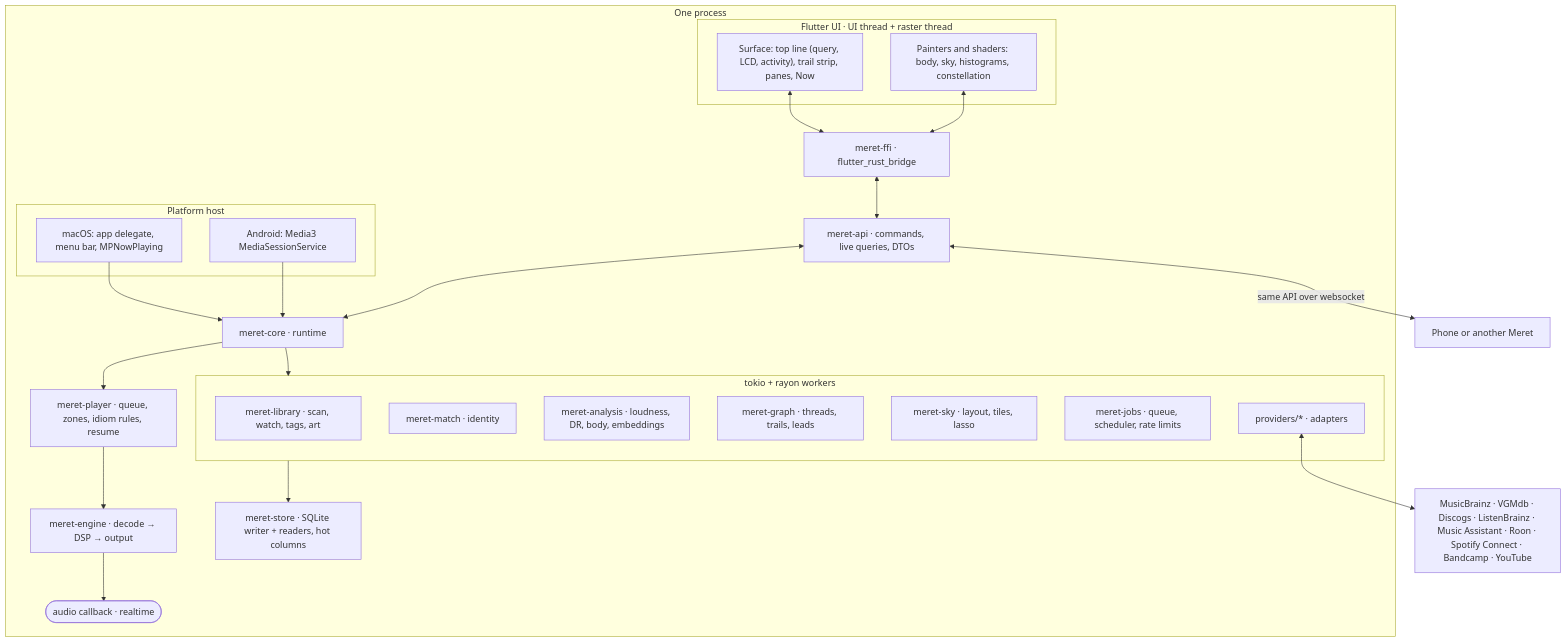
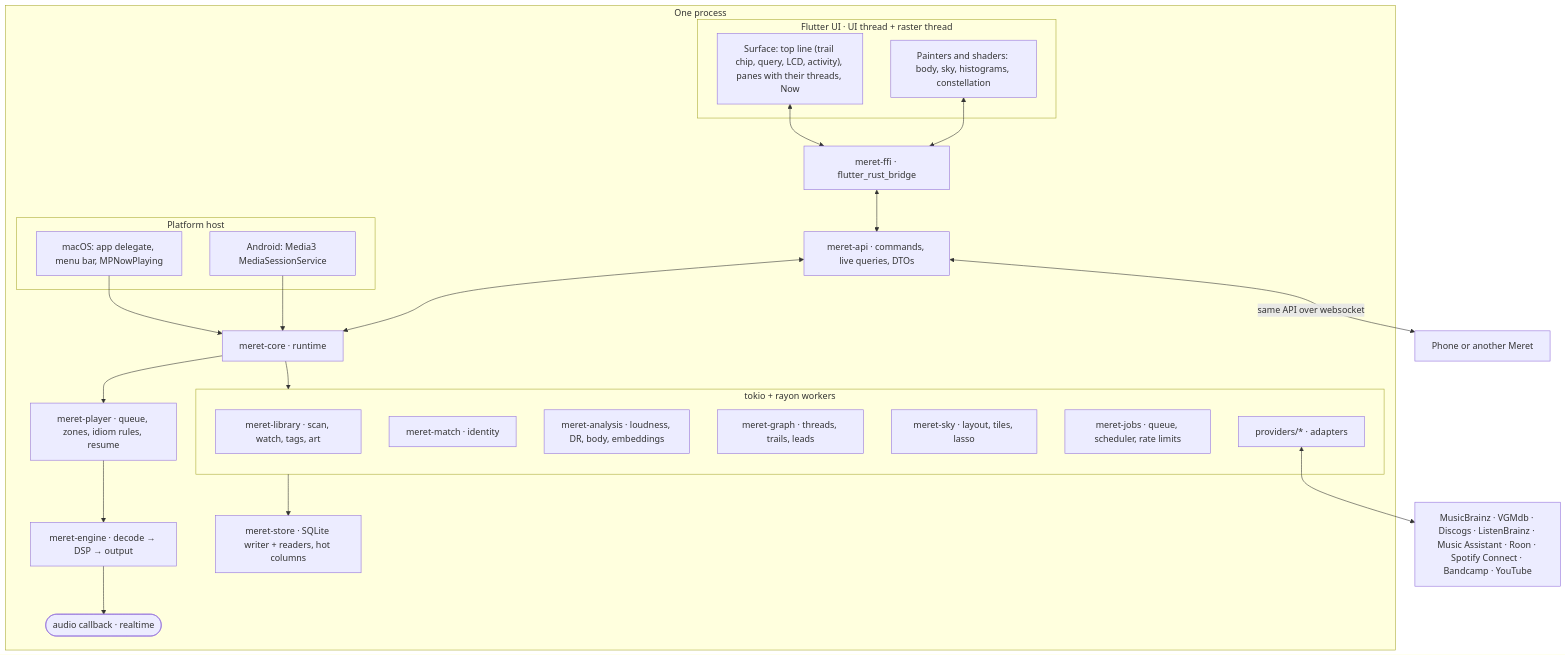
One commit to solforged/meret changed the diagram in docs/architecture.md. Above: the diagram before and after it, drawn with Mermaid. The commit also changed other lines of this file and 18 other files, not shown here.

First line of the commit message:
feat(trail): drew pane connections and added a compact trail chip

````diff
--- a/docs/architecture.md
+++ b/docs/architecture.md
@@ -19,39 +19,39 @@
 ```mermaid
 flowchart TB
     subgraph Process["One process"]
         subgraph UI["Flutter UI · UI thread + raster thread"]
-            Shell["Surface: top line (query, LCD, activity), trail strip, panes, Now"]
+            Shell["Surface: top line (trail chip, query, LCD, activity), panes with their threads, Now"]
             Draw["Painters and shaders: body, sky, histograms, constellation"]
         end
         subgraph Host["Platform host"]
             MacHost["macOS: app delegate, menu bar, MPNowPlaying"]
             DroidHost["Android: Media3 MediaSessionService"]
         end
         FFI["meret-ffi · flutter_rust_bridge"]
         API["meret-api · commands, live queries, DTOs"]
         Core["meret-core · runtime"]
         subgraph Workers["tokio + rayon workers"]
             Library["meret-library · scan, watch, tags, art"]
             Match["meret-match · identity"]
             Analysis["meret-analysis · loudness, DR, body, embeddings"]
             Graph["meret-graph · threads, trails, leads"]
             Sky["meret-sky · layout, tiles, lasso"]
             Jobs["meret-jobs · queue, scheduler, rate limits"]
             Providers["providers/* · adapters"]
         end
         Store["meret-store · SQLite writer + readers, hot columns"]
         Player["meret-player · queue, zones, idiom rules, resume"]
         Engine["meret-engine · decode → DSP → output"]
         RT(["audio callback · realtime"])
         Shell <--> FFI
         Draw <--> FFI
         MacHost --> Core
         DroidHost --> Core
         FFI <--> API <--> Core
         Core --> Workers
         Workers --> Store
         Core --> Player --> Engine --> RT
     end
     API <-->|"same API over websocket"| Phone["Phone or another Meret"]
     Providers <--> Net["MusicBrainz · VGMdb · Discogs · ListenBrainz · Music Assistant · Roon · Spotify Connect · Bandcamp · YouTube"]
 ```
````
